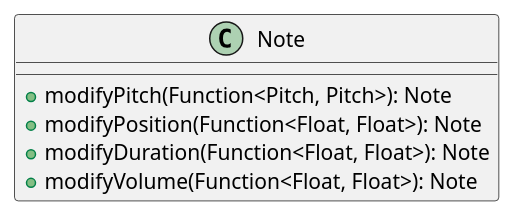
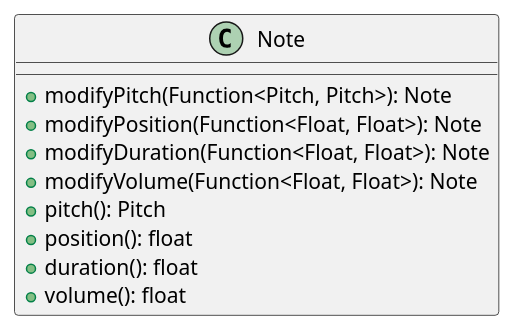
The diagram in docs/theory/Note.iuml (bmb0136/COMP-4710), drawn with PlantUML before and after one commit.

Commit message:
unfinished update to note.iuml

```diff
--- a/docs/theory/Note.iuml
+++ b/docs/theory/Note.iuml
@@ -1,8 +1,12 @@
 @startuml Note object
 class Note{
 + modifyPitch(Function<Pitch, Pitch>): Note
 + modifyPosition(Function<Float, Float>): Note
 + modifyDuration(Function<Float, Float>): Note
 + modifyVolume(Function<Float, Float>): Note
++ pitch(): Pitch
++ position(): float
++ duration(): float
++ volume(): float
 }
 @enduml
```
